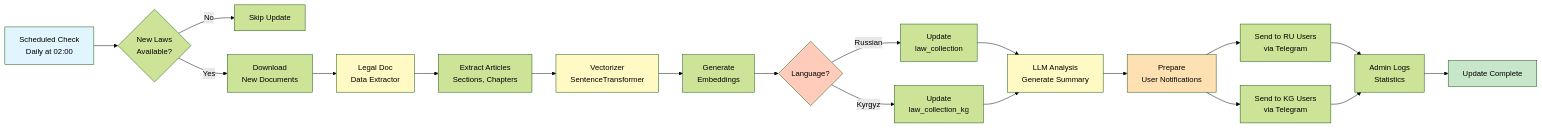
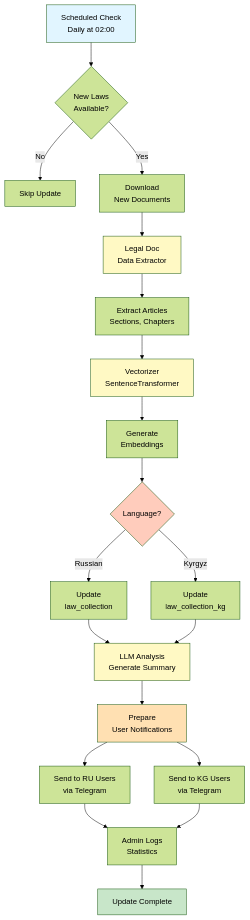
The fourth of 4 diagrams in README.md (Hanbiike/law-rag-system), drawn with Mermaid (forest theme) before and after one commit. The commit also changed 1 other file, not shown here.

````diff
--- a/README.md
+++ b/README.md
@@ -433,41 +433,41 @@
 ```mermaid
-flowchart LR
+flowchart TD
     A[Scheduled Check<br/>Daily at 02:00] --> B{New Laws<br/>Available?}
     
     B -->|No| C[Skip Update]
     B -->|Yes| D[Download<br/>New Documents]
     
     D --> E[Legal Doc<br/>Data Extractor]
     
     E --> F[Extract Articles<br/>Sections, Chapters]
     
     F --> G[Vectorizer<br/>SentenceTransformer]
     
     G --> H[Generate<br/>Embeddings]
     
     H --> I{Language?}
     
     I -->|Russian| J1[Update<br/>law_collection]
     I -->|Kyrgyz| J2[Update<br/>law_collection_kg]
     
     J1 --> K[LLM Analysis<br/>Generate Summary]
     J2 --> K
     
     K --> L[Prepare<br/>User Notifications]
     
     L --> M1[Send to RU Users<br/>via Telegram]
     L --> M2[Send to KG Users<br/>via Telegram]
     
     M1 --> N[Admin Logs<br/>Statistics]
     M2 --> N
     
     N --> O[Update Complete]
     
     style A fill:#e1f5ff
     style O fill:#c8e6c9
     style E fill:#fff9c4
     style G fill:#fff9c4
     style K fill:#fff9c4
     style I fill:#ffccbc
     style L fill:#ffe0b2
 ```
````
